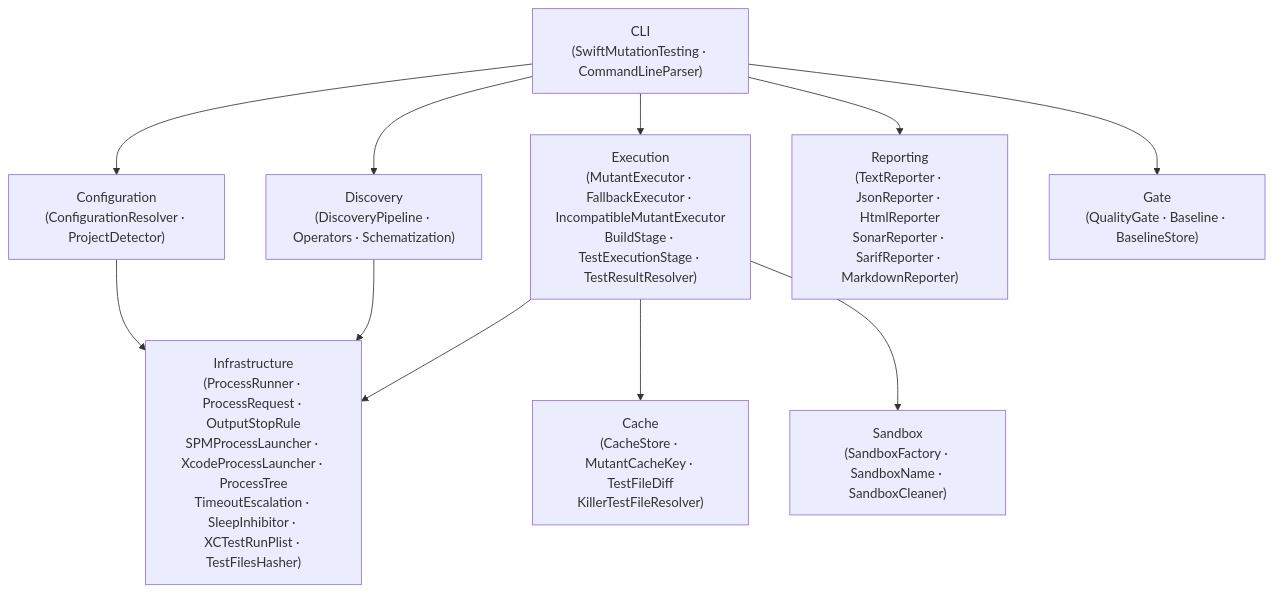
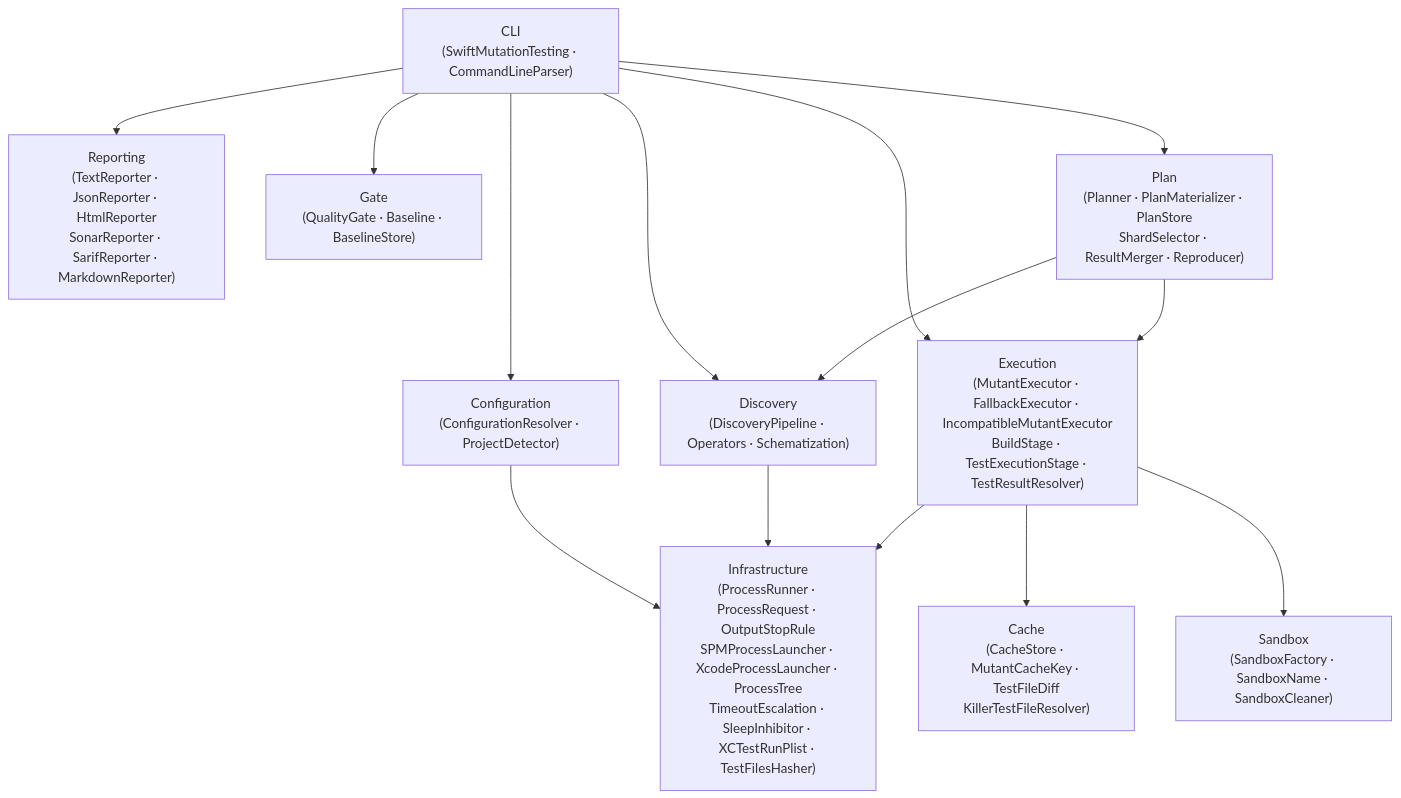
Before and after one commit to C24-Bank/swift-mutation-testing: the first of 3 diagrams in Docs/Architecture/01-overview.md, drawn with Mermaid. The commit also changed other lines of this file and 14 other files, not shown here.

````diff
--- a/Docs/Architecture/01-overview.md
+++ b/Docs/Architecture/01-overview.md
@@ -17,23 +17,27 @@
 ```mermaid
 graph TD
     CLI["CLI\n(SwiftMutationTesting · CommandLineParser)"]
     CONFIG["Configuration\n(ConfigurationResolver · ProjectDetector)"]
     DISCOVERY["Discovery\n(DiscoveryPipeline · Operators · Schematization)"]
     EXECUTION["Execution\n(MutantExecutor · FallbackExecutor · IncompatibleMutantExecutor\nBuildStage · TestExecutionStage · TestResultResolver)"]
     REPORTING["Reporting\n(TextReporter · JsonReporter · HtmlReporter\nSonarReporter · SarifReporter · MarkdownReporter)"]
     INFRA["Infrastructure\n(ProcessRunner · ProcessRequest · OutputStopRule\nSPMProcessLauncher · XcodeProcessLauncher · ProcessTree\nTimeoutEscalation · SleepInhibitor · XCTestRunPlist · TestFilesHasher)"]
     CACHE["Cache\n(CacheStore · MutantCacheKey · TestFileDiff\nKillerTestFileResolver)"]
     SANDBOX["Sandbox\n(SandboxFactory · SandboxName · SandboxCleaner)"]
     GATE["Gate\n(QualityGate · Baseline · BaselineStore)"]
+    PLAN["Plan\n(Planner · PlanMaterializer · PlanStore\nShardSelector · ResultMerger · Reproducer)"]
 
+    CLI --> PLAN
+    PLAN --> DISCOVERY
+    PLAN --> EXECUTION
     CLI --> CONFIG
     CLI --> DISCOVERY
     CLI --> EXECUTION
     CLI --> REPORTING
     CLI --> GATE
     EXECUTION --> INFRA
     EXECUTION --> CACHE
     EXECUTION --> SANDBOX
     DISCOVERY --> INFRA
     CONFIG --> INFRA
 ```
````
